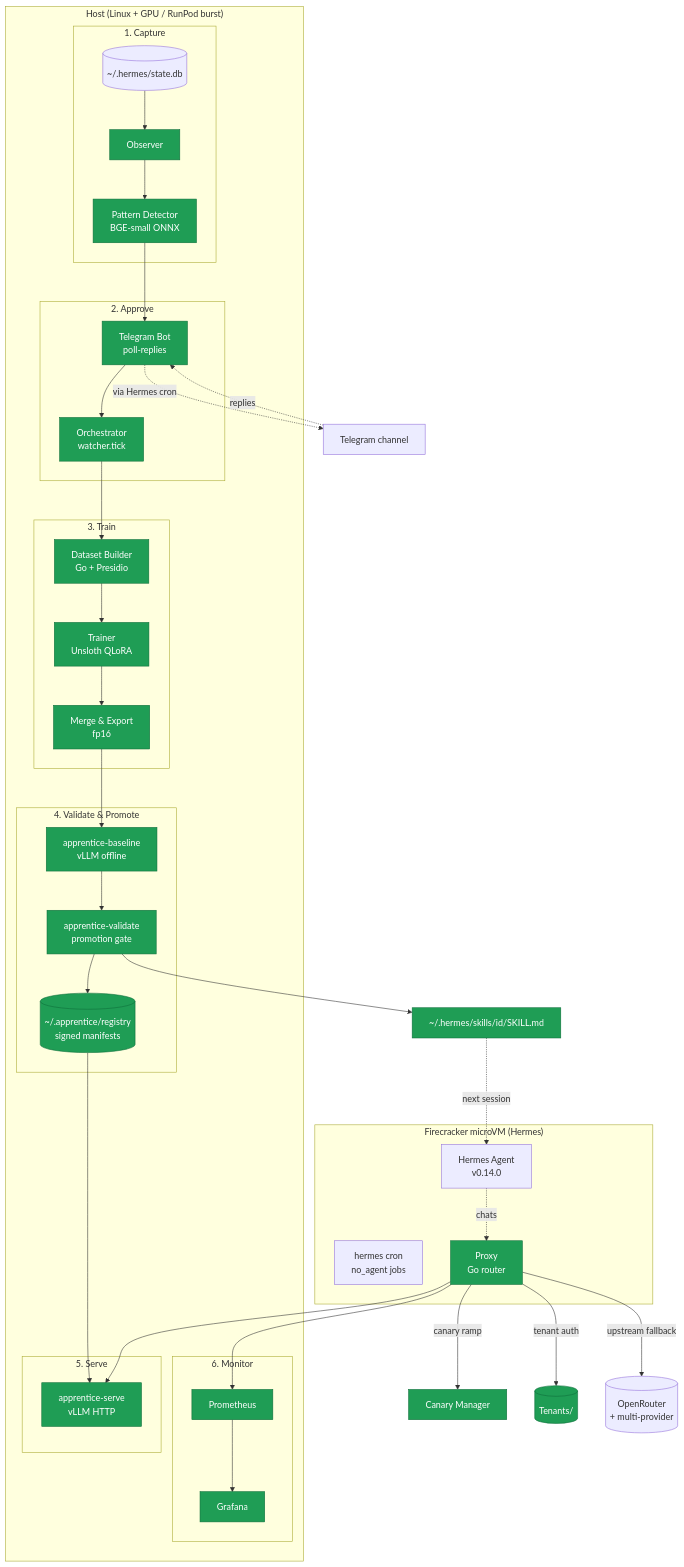
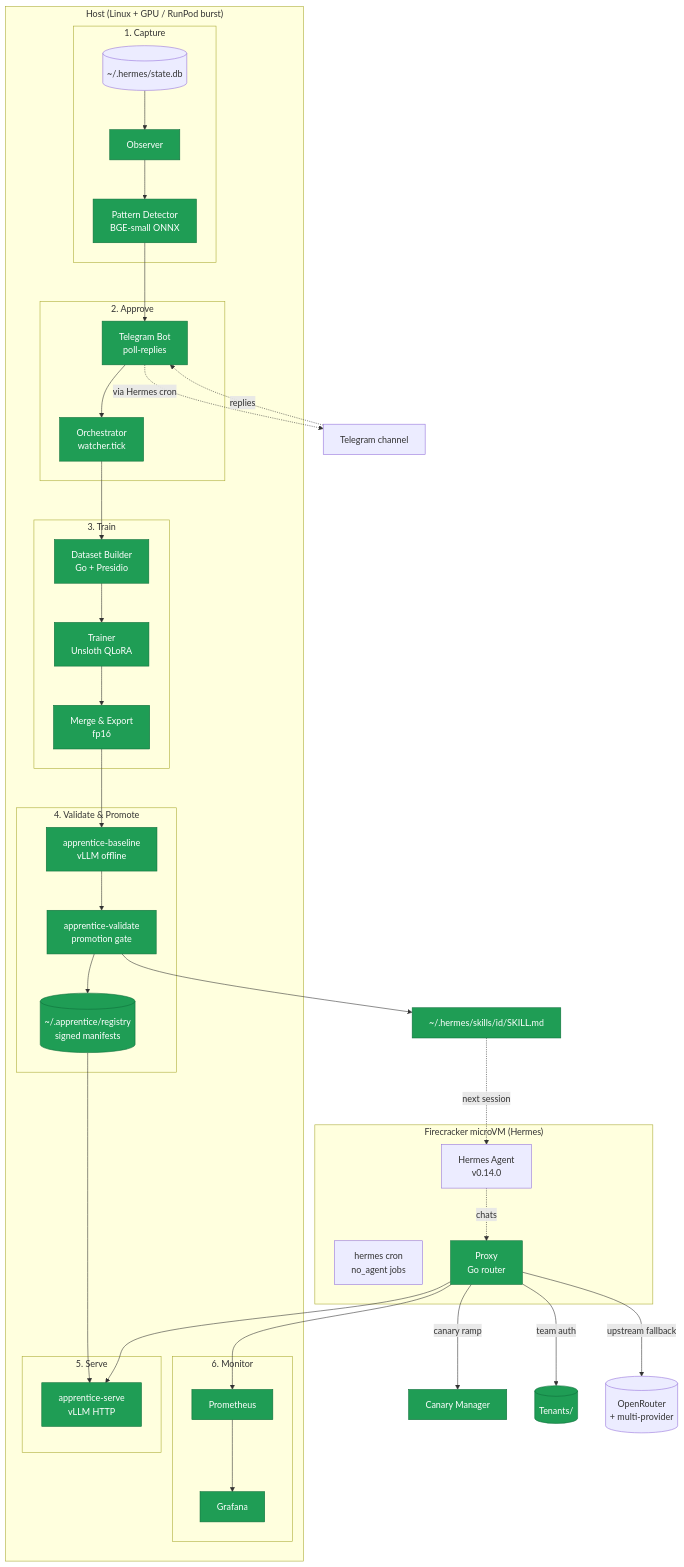
One commit to eschmechel/hermes-apprentice changed the diagram in README.md. Above: the diagram before and after it, drawn with Mermaid. The commit also changed other lines of this file, not shown here.

Commit message:
docs: s/tenant/team/ in README prose — agent teams framing

````diff
--- a/README.md
+++ b/README.md
@@ -22,62 +22,62 @@
 ```mermaid
 %%{init: {'themeVariables': {'fontSize': '16px'}, 'flowchart': {'nodeSpacing': 50, 'rankSpacing': 70}}}%%
 flowchart TB
     subgraph microVM["Firecracker microVM (Hermes)"]
         H[Hermes Agent<br/>v0.14.0]
         CRON[hermes cron<br/>no_agent jobs]
         H -.chats.-> P
     end
 
     subgraph Host["Host (Linux + GPU / RunPod burst)"]
         subgraph Capture["1. Capture"]
             DB[(~/.hermes/state.db)]
             O[Observer]
             DET[Pattern Detector<br/>BGE-small ONNX]
             DB --> O --> DET
         end
 
         subgraph Approve["2. Approve"]
             TG_BOT[Telegram Bot<br/>poll-replies]
             ORCH[Orchestrator<br/>watcher.tick]
             DET --> TG_BOT --> ORCH
         end
 
         subgraph Train["3. Train"]
             DSB[Dataset Builder<br/>Go + Presidio]
             TR[Trainer<br/>Unsloth QLoRA]
             EXP[Merge & Export<br/>fp16]
             ORCH --> DSB --> TR --> EXP
         end
 
         subgraph Validate["4. Validate & Promote"]
             BL[apprentice-baseline<br/>vLLM offline]
             VAL[apprentice-validate<br/>promotion gate]
             REG[(~/.apprentice/registry<br/>signed manifests)]
             EXP --> BL --> VAL --> REG
         end
 
         subgraph Serve["5. Serve"]
             SV[apprentice-serve<br/>vLLM HTTP]
             P[Proxy<br/>Go router]
             REG --> SV
             P --> SV
         end
 
         subgraph Monitor["6. Monitor"]
             PR[Prometheus]
             GF[Grafana]
             P --> PR --> GF
         end
     end
 
     P -- canary ramp --> CANARY[Canary Manager]
-    P -- tenant auth --> TENANTS[(Tenants/)]
+    P -- team auth --> TENANTS[(Tenants/)]
     P -- upstream fallback --> OR[(OpenRouter<br/>+ multi-provider)]
     TG_BOT -.via Hermes cron.-> User[Telegram channel]
     User -.replies.-> TG_BOT
     VAL --> SKILL["~/.hermes/skills/id/SKILL.md"]
     SKILL -.next session.-> H
 
     classDef done fill:#1f9d55,stroke:#0d6e3a,color:#fff;
     class O,DET,DSB,TR,EXP,BL,VAL,REG,SV,P,ORCH,TG_BOT,CANARY,TENANTS,PR,GF,SKILL done;
 ```
````
